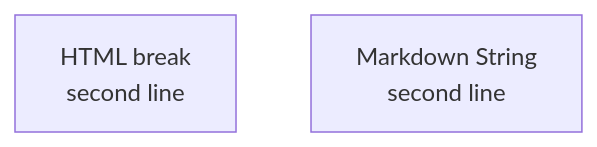
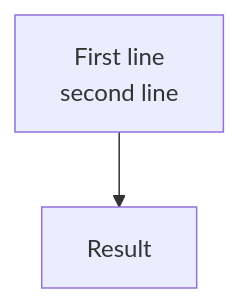
The diagram in skills/docs/md-writer/SKILL.md (skrrt-sh/skills), drawn with Mermaid before and after one commit. The commit also changed other lines of this file and 59 other files, not shown here.

````diff
--- a/skills/docs/md-writer/SKILL.md
+++ b/skills/docs/md-writer/SKILL.md
@@ -54,6 +38,4 @@
 ```mermaid
 flowchart TD
-    A["HTML break<br/>second line"]
-    B["`Markdown String
-second line`"]
+    A["First line<br/>second line"] --> B["Result"]
 ```
````
